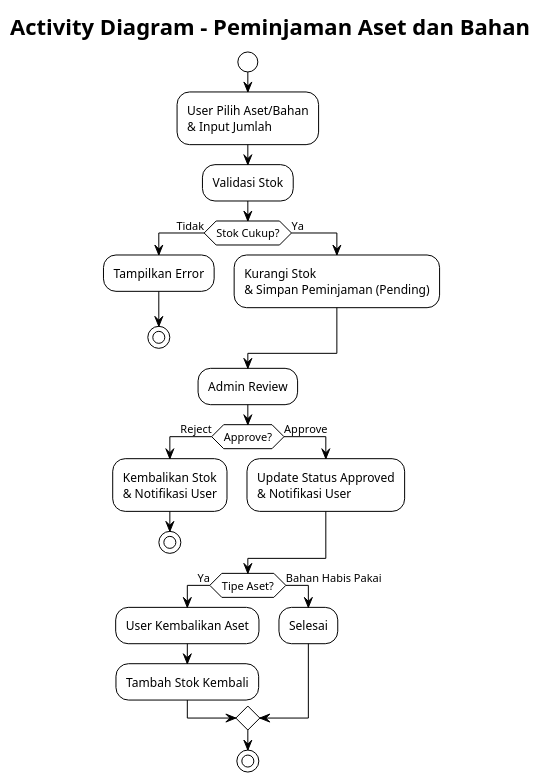
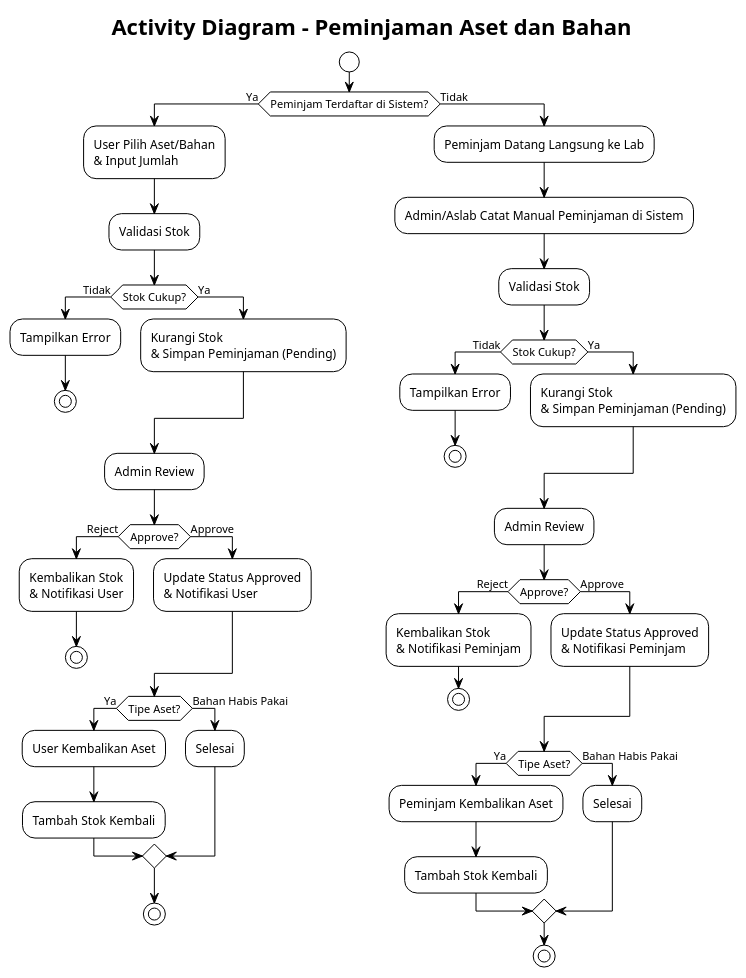
The diagram in docs/diagrams/activity/peminjaman_aset_bahan.puml (zalzdarkent/absensi_aslab_react), drawn with PlantUML before and after one commit. The commit also changed 1 other file, not shown here.

Commit message:
feat: Update activity diagrams for asset borrowing and RFID attendance processes with improved flow and error handling

```diff
--- a/docs/diagrams/activity/peminjaman_aset_bahan.puml
+++ b/docs/diagrams/activity/peminjaman_aset_bahan.puml
@@ -1,36 +1,57 @@
 @startuml Peminjaman Aset dan Bahan
 !theme plain
 
 title Activity Diagram - Peminjaman Aset dan Bahan
 
 start
-:User Pilih Aset/Bahan\n& Input Jumlah;
 
-:Validasi Stok;
-
-if (Stok Cukup?) then (Tidak)
-  :Tampilkan Error;
+if (Peminjam Terdaftar di Sistem?) then (Ya)
+  :User Pilih Aset/Bahan\n& Input Jumlah;
+  :Validasi Stok;
+  if (Stok Cukup?) then (Tidak)
+    :Tampilkan Error;
+    stop
+  else (Ya)
+    :Kurangi Stok\n& Simpan Peminjaman (Pending);
+  endif
+  :Admin Review;
+  if (Approve?) then (Reject)
+    :Kembalikan Stok\n& Notifikasi User;
+    stop
+  else (Approve)
+    :Update Status Approved\n& Notifikasi User;
+  endif
+  if (Tipe Aset?) then (Ya)
+    :User Kembalikan Aset;
+    :Tambah Stok Kembali;
+  else (Bahan Habis Pakai)
+    :Selesai;
+  endif
   stop
-else (Ya)
-  :Kurangi Stok\n& Simpan Peminjaman (Pending);
+else (Tidak)
+  :Peminjam Datang Langsung ke Lab;
+  :Admin/Aslab Catat Manual Peminjaman di Sistem;
+  :Validasi Stok;
+  if (Stok Cukup?) then (Tidak)
+    :Tampilkan Error;
+    stop
+  else (Ya)
+    :Kurangi Stok\n& Simpan Peminjaman (Pending);
+  endif
+  :Admin Review;
+  if (Approve?) then (Reject)
+    :Kembalikan Stok\n& Notifikasi Peminjam;
+    stop
+  else (Approve)
+    :Update Status Approved\n& Notifikasi Peminjam;
+  endif
+  if (Tipe Aset?) then (Ya)
+    :Peminjam Kembalikan Aset;
+    :Tambah Stok Kembali;
+  else (Bahan Habis Pakai)
+    :Selesai;
+  endif
+  stop
 endif
 
-:Admin Review;
-
-if (Approve?) then (Reject)
-  :Kembalikan Stok\n& Notifikasi User;
-  stop
-else (Approve)
-  :Update Status Approved\n& Notifikasi User;
-endif
-
-if (Tipe Aset?) then (Ya)
-  :User Kembalikan Aset;
-  :Tambah Stok Kembali;
-else (Bahan Habis Pakai)
-  :Selesai;
-endif
-
-stop
-
 @enduml
```
